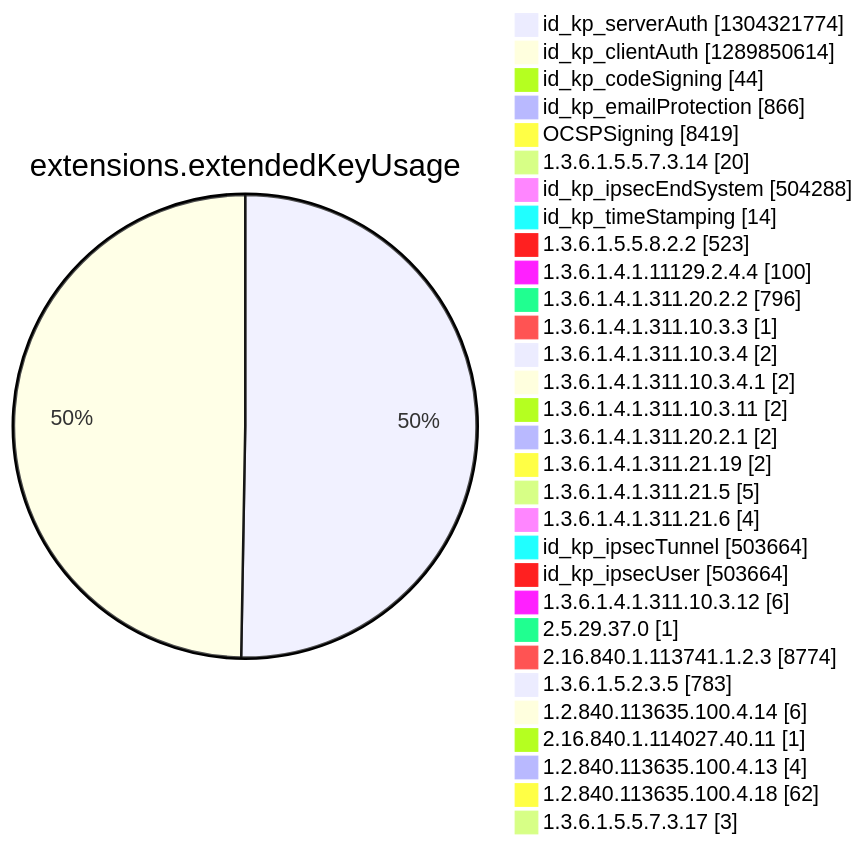
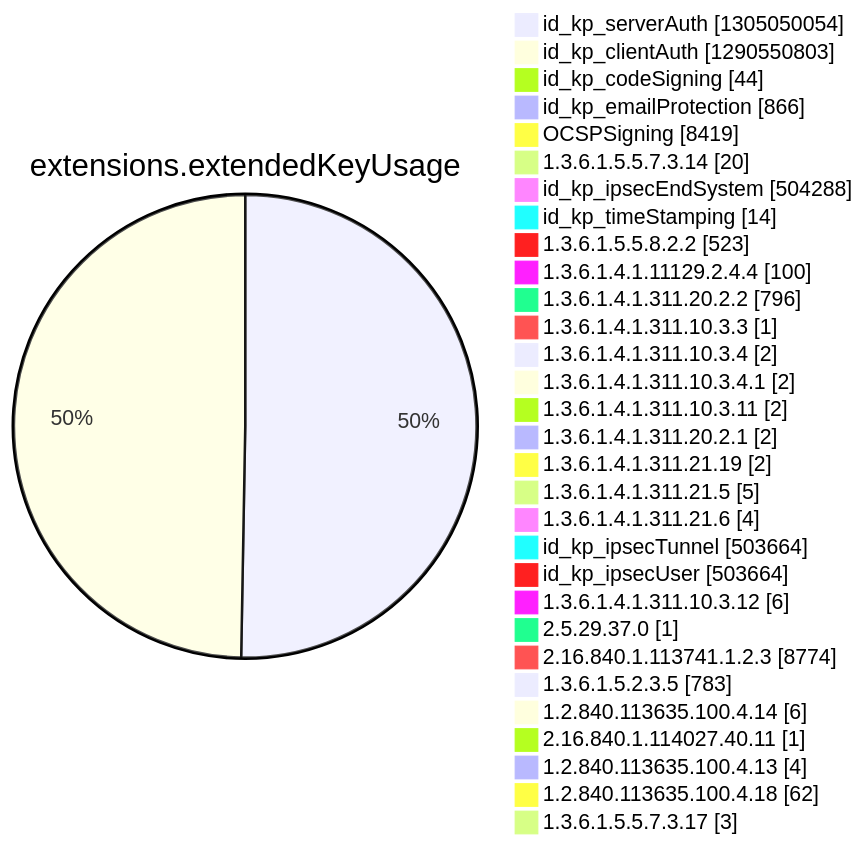
Before and after one commit to christiankrug/ctmonitor_visualization: diagram 12 of 15 in argon2022/README.md, drawn with Mermaid. The commit also changed other lines of this file, not shown here.

````diff
--- a/argon2022/README.md
+++ b/argon2022/README.md
@@ -3551,34 +3551,34 @@
 ```mermaid
 pie showData
 title extensions.extendedKeyUsage
-"id_kp_serverAuth" :1304321774
-"id_kp_clientAuth" :1289850614
+"id_kp_serverAuth" :1305050054
+"id_kp_clientAuth" :1290550803
 "id_kp_codeSigning" :44
 "id_kp_emailProtection" :866
 "OCSPSigning" :8419
 "1.3.6.1.5.5.7.3.14" :20
 "id_kp_ipsecEndSystem" :504288
 "id_kp_timeStamping" :14
 "1.3.6.1.5.5.8.2.2" :523
 "1.3.6.1.4.1.11129.2.4.4" :100
 "1.3.6.1.4.1.311.20.2.2" :796
 "1.3.6.1.4.1.311.10.3.3" :1
 "1.3.6.1.4.1.311.10.3.4" :2
 "1.3.6.1.4.1.311.10.3.4.1" :2
 "1.3.6.1.4.1.311.10.3.11" :2
 "1.3.6.1.4.1.311.20.2.1" :2
 "1.3.6.1.4.1.311.21.19" :2
 "1.3.6.1.4.1.311.21.5" :5
 "1.3.6.1.4.1.311.21.6" :4
 "id_kp_ipsecTunnel" :503664
 "id_kp_ipsecUser" :503664
 "1.3.6.1.4.1.311.10.3.12" :6
 "2.5.29.37.0" :1
 "2.16.840.1.113741.1.2.3" :8774
 "1.3.6.1.5.2.3.5" :783
 "1.2.840.113635.100.4.14" :6
 "2.16.840.1.114027.40.11" :1
 "1.2.840.113635.100.4.13" :4
 "1.2.840.113635.100.4.18" :62
 "1.3.6.1.5.5.7.3.17" :3
 ```
````
